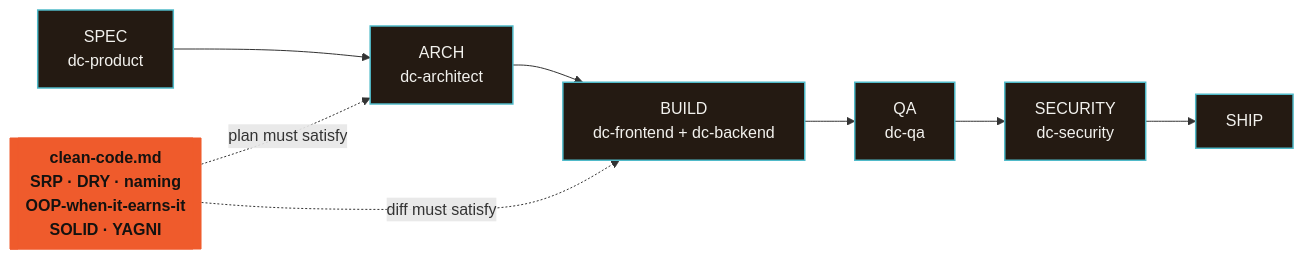
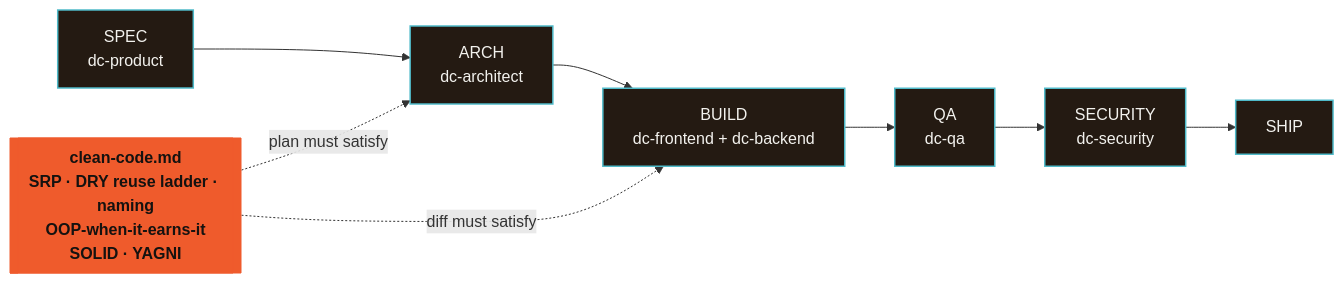
The first of 2 diagrams in README.md (adro0303/overclaude), drawn with Mermaid before and after one commit. The commit also changed other lines of this file and 4 other files, not shown here.

First line of the commit message:
Adopt ponytail: install as a plugin and fold its reuse ladder into DevCorp

````diff
--- a/README.md
+++ b/README.md
@@ -127,15 +139,15 @@
 ```mermaid
 flowchart LR
     SPEC["SPEC<br/>dc-product"] --> ARCH["ARCH<br/>dc-architect"]
     ARCH --> BUILD["BUILD<br/>dc-frontend + dc-backend"]
     BUILD --> QA["QA<br/>dc-qa"] --> SEC["SECURITY<br/>dc-security"] --> SHIP["SHIP"]
 
-    CC[["clean-code.md<br/>SRP · DRY · naming<br/>OOP-when-it-earns-it<br/>SOLID · YAGNI"]]
+    CC[["clean-code.md<br/>SRP · DRY reuse ladder · naming<br/>OOP-when-it-earns-it<br/>SOLID · YAGNI"]]
     CC -. "plan must satisfy" .-> ARCH
     CC -. "diff must satisfy" .-> BUILD
 
     classDef phase fill:#241a12,stroke:#4fbac9,stroke-width:1.5px,color:#f3f2ee
     classDef gate fill:#ef5b2c,stroke:#ef5b2c,color:#141210,font-weight:bold
     class SPEC,ARCH,BUILD,QA,SEC,SHIP phase
     class CC gate
 ```
````
